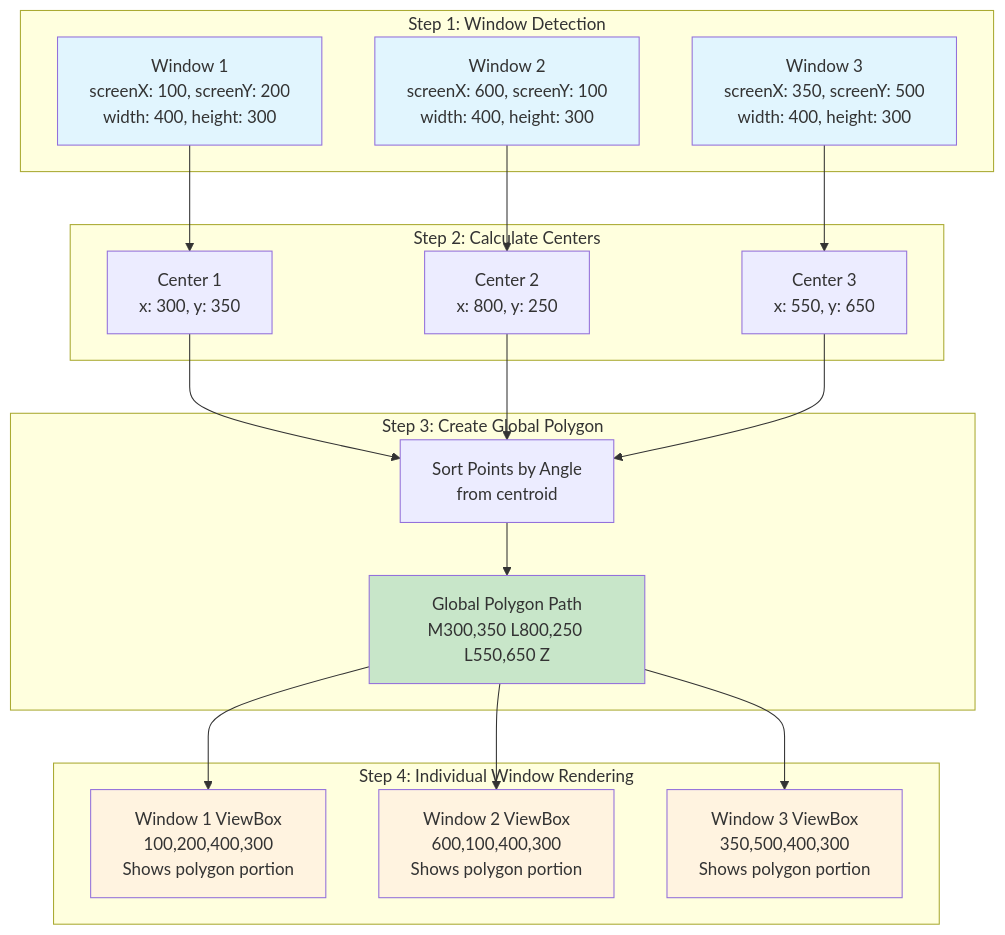
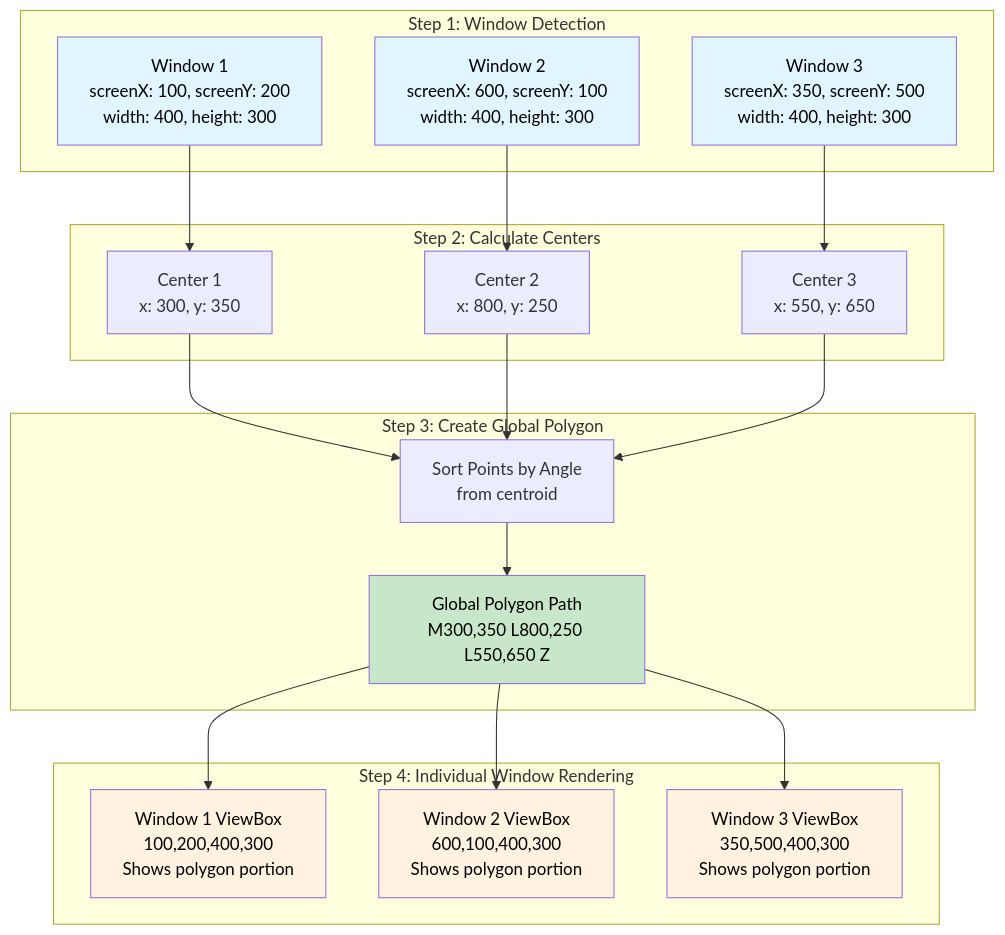
The first of 2 diagrams in README.md (Akurganow/browser-windows-sync), drawn with Mermaid before and after one commit. The commit also changed other lines of this file, not shown here.

Commit message:
docs: enhance README mermaid diagrams with colors and theme

````diff
--- a/README.md
+++ b/README.md
@@ -56,44 +56,44 @@
 ```mermaid
 flowchart TD
     subgraph "Step 1: Window Detection"
         A[Window 1<br/>screenX: 100, screenY: 200<br/>width: 400, height: 300] 
         B[Window 2<br/>screenX: 600, screenY: 100<br/>width: 400, height: 300]
         C[Window 3<br/>screenX: 350, screenY: 500<br/>width: 400, height: 300]
     end
     
     subgraph "Step 2: Calculate Centers"
         D[Center 1<br/>x: 300, y: 350]
         E[Center 2<br/>x: 800, y: 250] 
         F[Center 3<br/>x: 550, y: 650]
     end
     
     subgraph "Step 3: Create Global Polygon"
         G[Sort Points by Angle<br/>from centroid]
         H[Global Polygon Path<br/>M300,350 L800,250 L550,650 Z]
     end
     
     subgraph "Step 4: Individual Window Rendering"
         I[Window 1 ViewBox<br/>100,200,400,300<br/>Shows polygon portion]
         J[Window 2 ViewBox<br/>600,100,400,300<br/>Shows polygon portion]
         K[Window 3 ViewBox<br/>350,500,400,300<br/>Shows polygon portion]
     end
     
     A --> D
     B --> E  
     C --> F
     D --> G
     E --> G
     F --> G
     G --> H
     H --> I
     H --> J
     H --> K
     
-    style A fill:#e1f5fe
-    style B fill:#e1f5fe
-    style C fill:#e1f5fe
-    style H fill:#c8e6c9
-    style I fill:#fff3e0
-    style J fill:#fff3e0
-    style K fill:#fff3e0
+    style A fill:#e1f5fe,color:#000000
+    style B fill:#e1f5fe,color:#000000
+    style C fill:#e1f5fe,color:#000000
+    style H fill:#c8e6c9,color:#000000
+    style I fill:#fff3e0,color:#000000
+    style J fill:#fff3e0,color:#000000
+    style K fill:#fff3e0,color:#000000
 ```
````
